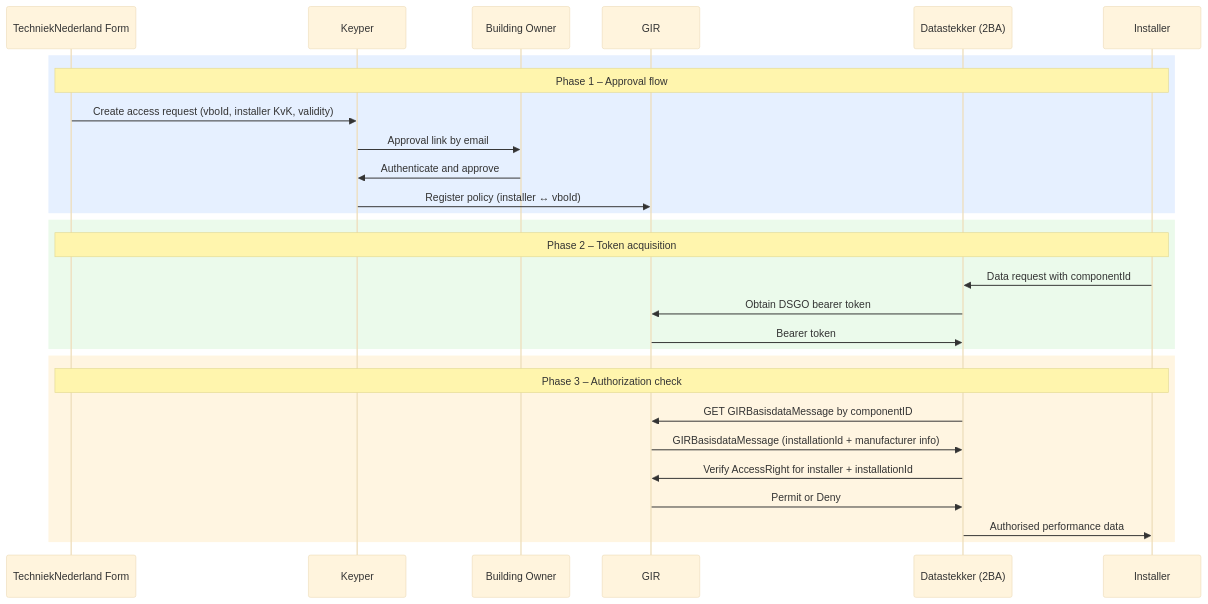
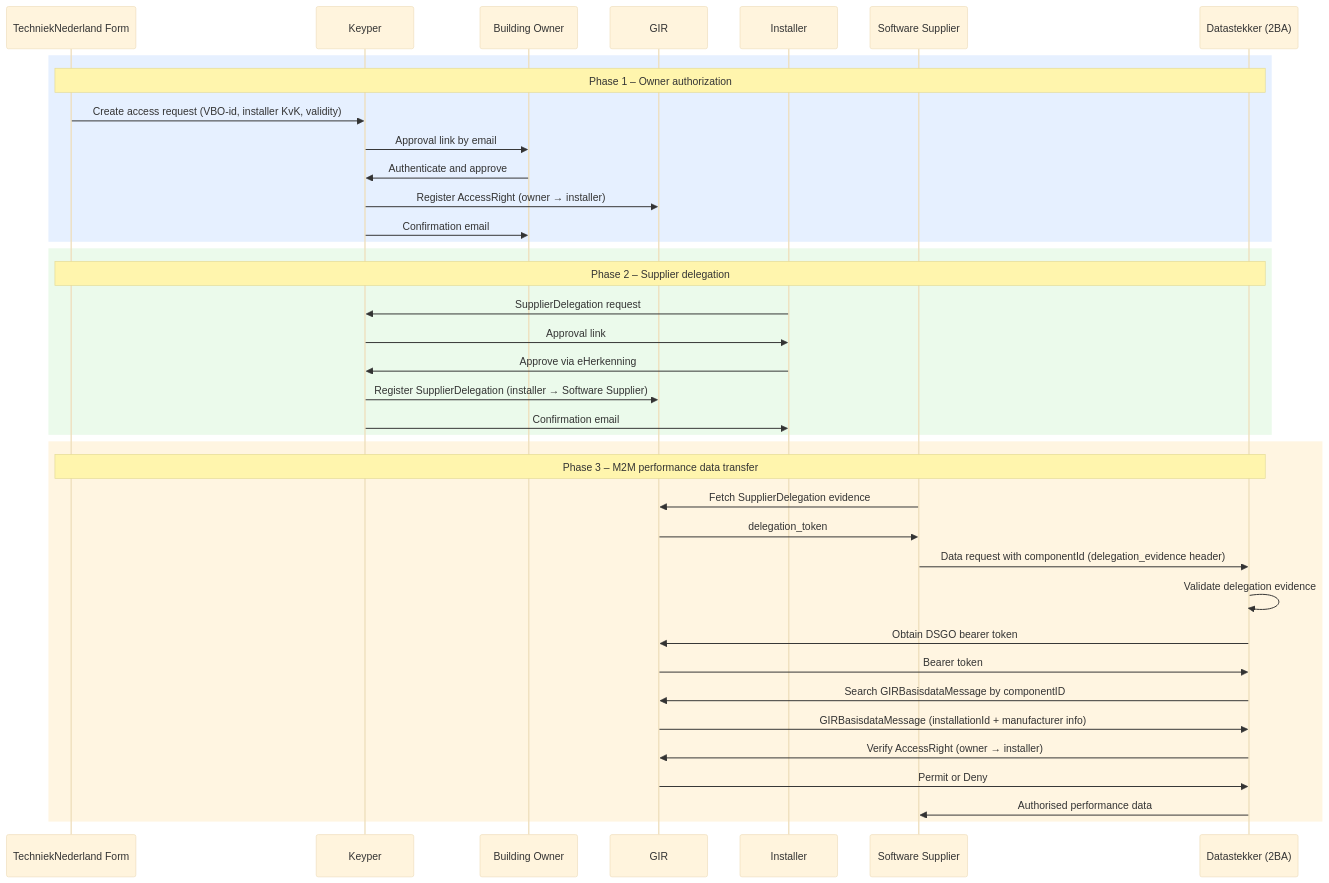
Before and after one commit to POORT8/Poort8.Docs: the diagram in gir/datastekker.md, drawn with Mermaid (base theme). The commit also changed other lines of this file and 35 other files, not shown here.

````diff
--- a/gir/datastekker.md
+++ b/gir/datastekker.md
@@ -27,33 +23,43 @@
 ```mermaid
 sequenceDiagram
     participant form as TechniekNederland Form
     participant keyper as Keyper
     participant owner as Building Owner
     participant gir as GIR
+    participant inst as Installer
+    participant software_supplier as Software Supplier
     participant ds as Datastekker (2BA)
-    participant inst as Installer
 
     rect rgb(230, 240, 255)
-    note over form,inst: Phase 1 – Approval flow
-    form->>keyper: Create access request (vboId, installer KvK, validity)
+    note over form,ds: Phase 1 – Owner authorization
+    form->>keyper: Create access request (VBO-id, installer KvK, validity)
     keyper->>owner: Approval link by email
     owner->>keyper: Authenticate and approve
-    keyper->>gir: Register policy (installer ↔ vboId)
+    keyper->>gir: Register AccessRight (owner → installer)
+    keyper->>owner: Confirmation email
     end
 
     rect rgb(235, 250, 235)
-    note over form,inst: Phase 2 – Token acquisition
-    inst->>ds: Data request with componentId
-    ds->>gir: Obtain DSGO bearer token
-    gir->>ds: Bearer token
+    note over form,ds: Phase 2 – Supplier delegation
+    inst->>keyper: SupplierDelegation request
+    keyper->>inst: Approval link
+    inst->>keyper: Approve via eHerkenning
+    keyper->>gir: Register SupplierDelegation (installer → Software Supplier)
+    keyper->>inst: Confirmation email
     end
 
     rect rgb(255, 245, 225)
-    note over form,inst: Phase 3 – Authorization check
-    ds->>gir: GET GIRBasisdataMessage by componentID
+    note over form,ds: Phase 3 – M2M performance data transfer
+    software_supplier->>gir: Fetch SupplierDelegation evidence
+    gir->>software_supplier: delegation_token
+    software_supplier->>ds: Data request with componentId (delegation_evidence header)
+    ds->>ds: Validate delegation evidence
+    ds->>gir: Obtain DSGO bearer token
+    gir->>ds: Bearer token
+    ds->>gir: Search GIRBasisdataMessage by componentID
     gir->>ds: GIRBasisdataMessage (installationId + manufacturer info)
-    ds->>gir: Verify AccessRight for installer + installationId
+    ds->>gir: Verify AccessRight (owner → installer)
     gir->>ds: Permit or Deny
-    ds->>inst: Authorised performance data
+    ds->>software_supplier: Authorised performance data
     end
 ```
````
